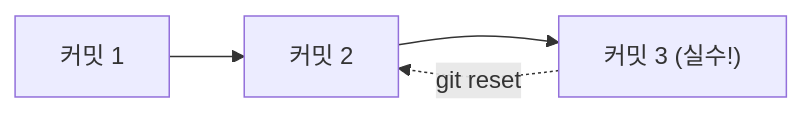
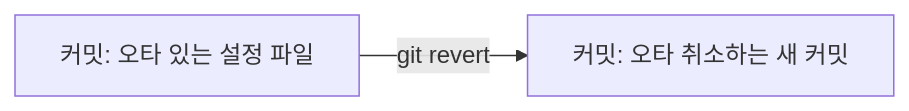
Before and after one commit to SeungBinYang/my-blog: the fourth of 4 diagrams in _posts/2026-08-31-git-week1-commands.md, drawn with Mermaid. The commit also changed other lines of this file, not shown here.

```diff
--- a/_posts/2026-08-31-git-week1-commands.md
+++ b/_posts/2026-08-31-git-week1-commands.md
@@ -132,5 +143,4 @@
 <pre class="mermaid">
 flowchart LR
-    C1["커밋 1"] --> C2["커밋 2"] --> C3["커밋 3 (실수!)"]
-    C3 -. "git reset" .-> C2
+    C1["커밋: 오타 있는 설정 파일"] -- "git revert" --> C2["커밋: 오타 취소하는 새 커밋"]
 </pre>
```
